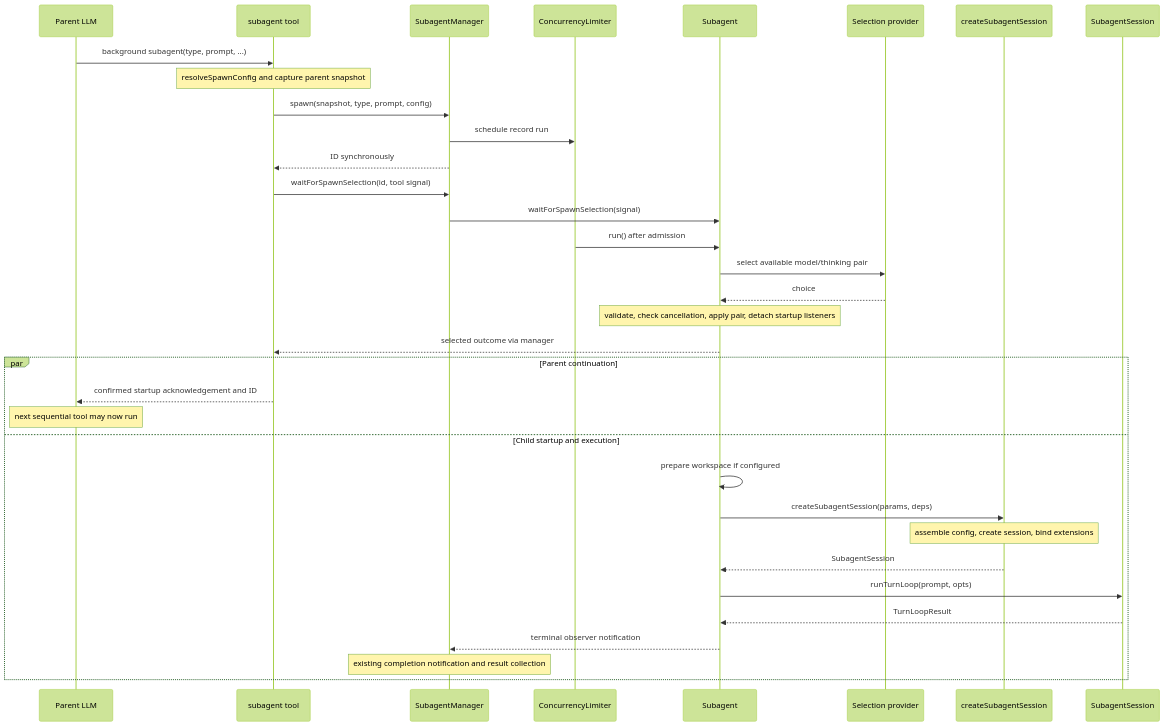
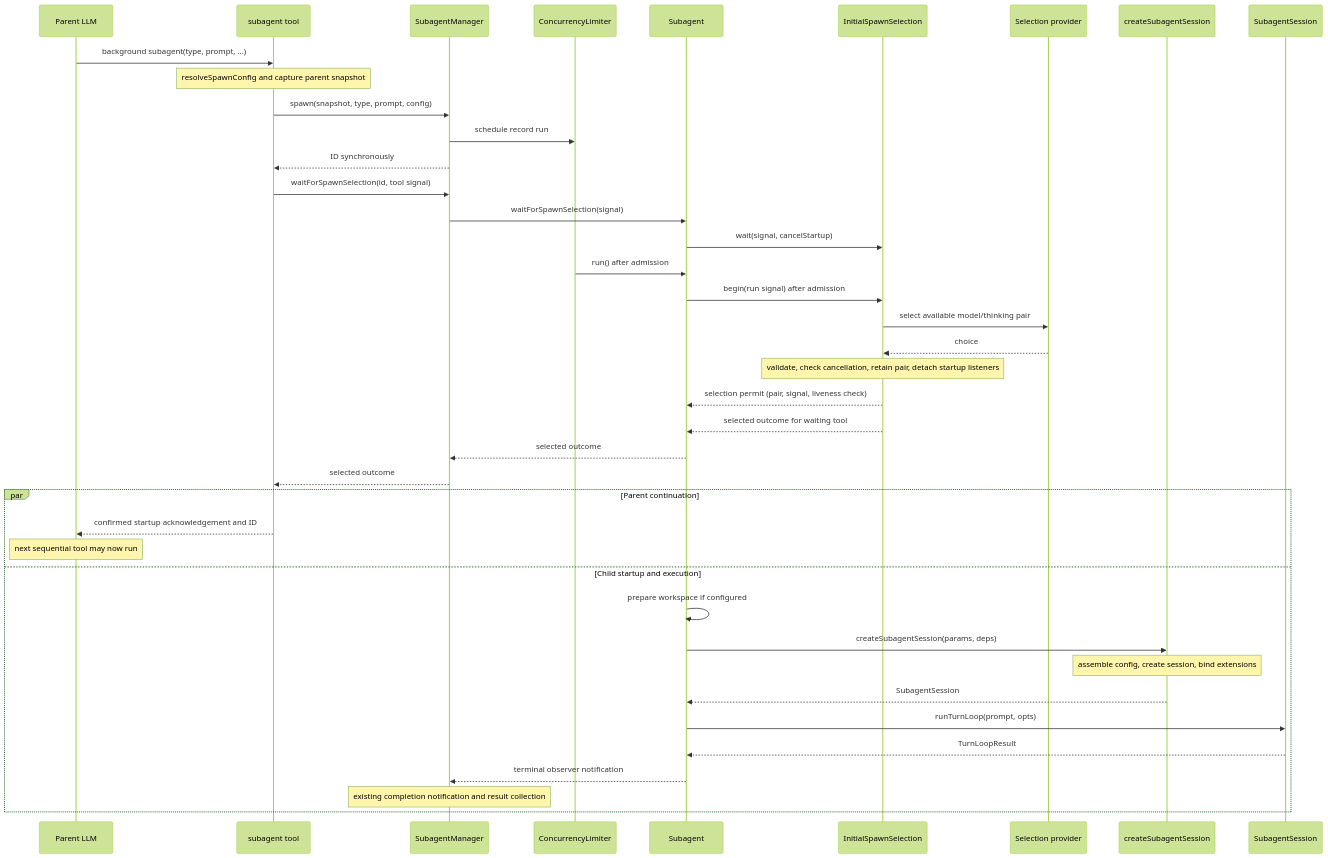
Before and after one commit to Jopqior/gotgenes-pi-packages: the fourth of 6 diagrams in packages/pi-subagents/docs/architecture/architecture.md, drawn with Mermaid (forest theme). The commit also changed other lines of this file and 18 other files, not shown here.

Commit message:
refactor(pi-subagents): delegate startup selection to its lifecycle owner

````diff
--- a/packages/pi-subagents/docs/architecture/architecture.md
+++ b/packages/pi-subagents/docs/architecture/architecture.md
@@ -298,37 +312,43 @@
 ```mermaid
 sequenceDiagram
     participant LLM as Parent LLM
     participant Tool as subagent tool
     participant Mgr as SubagentManager
     participant Gate as ConcurrencyLimiter
     participant Ag as Subagent
+    participant Owner as InitialSpawnSelection
     participant Chooser as Selection provider
     participant Factory as createSubagentSession
     participant Sub as SubagentSession
 
     LLM->>Tool: background subagent(type, prompt, ...)
     Note over Tool: resolveSpawnConfig and capture parent snapshot
     Tool->>Mgr: spawn(snapshot, type, prompt, config)
     Mgr->>Gate: schedule record run
     Mgr-->>Tool: ID synchronously
     Tool->>Mgr: waitForSpawnSelection(id, tool signal)
     Mgr->>Ag: waitForSpawnSelection(signal)
+    Ag->>Owner: wait(signal, cancelStartup)
     Gate->>Ag: run() after admission
-    Ag->>Chooser: select available model/thinking pair
-    Chooser-->>Ag: choice
-    Note over Ag: validate, check cancellation, apply pair, detach startup listeners
-    Ag-->>Tool: selected outcome via manager
+    Ag->>Owner: begin(run signal) after admission
+    Owner->>Chooser: select available model/thinking pair
+    Chooser-->>Owner: choice
+    Note over Owner: validate, check cancellation, retain pair, detach startup listeners
+    Owner-->>Ag: selection permit (pair, signal, liveness check)
+    Owner-->>Ag: selected outcome for waiting tool
+    Ag-->>Mgr: selected outcome
+    Mgr-->>Tool: selected outcome
     par Parent continuation
         Tool-->>LLM: confirmed startup acknowledgement and ID
         Note over LLM: next sequential tool may now run
     and Child startup and execution
         Ag->>Ag: prepare workspace if configured
         Ag->>Factory: createSubagentSession(params, deps)
         Note over Factory: assemble config, create session, bind extensions
         Factory-->>Ag: SubagentSession
         Ag->>Sub: runTurnLoop(prompt, opts)
         Sub-->>Ag: TurnLoopResult
         Ag-->>Mgr: terminal observer notification
         Note over Mgr: existing completion notification and result collection
     end
 ```
````
